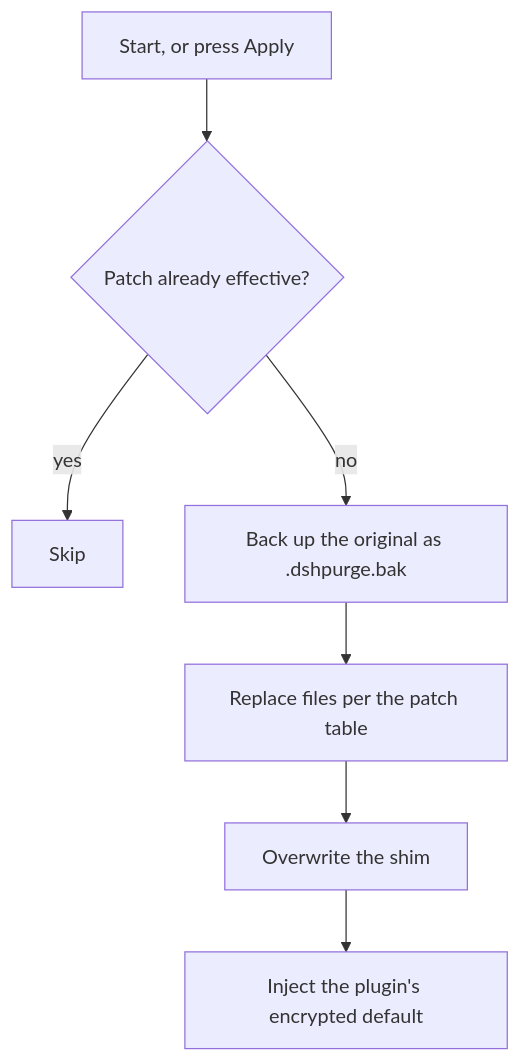
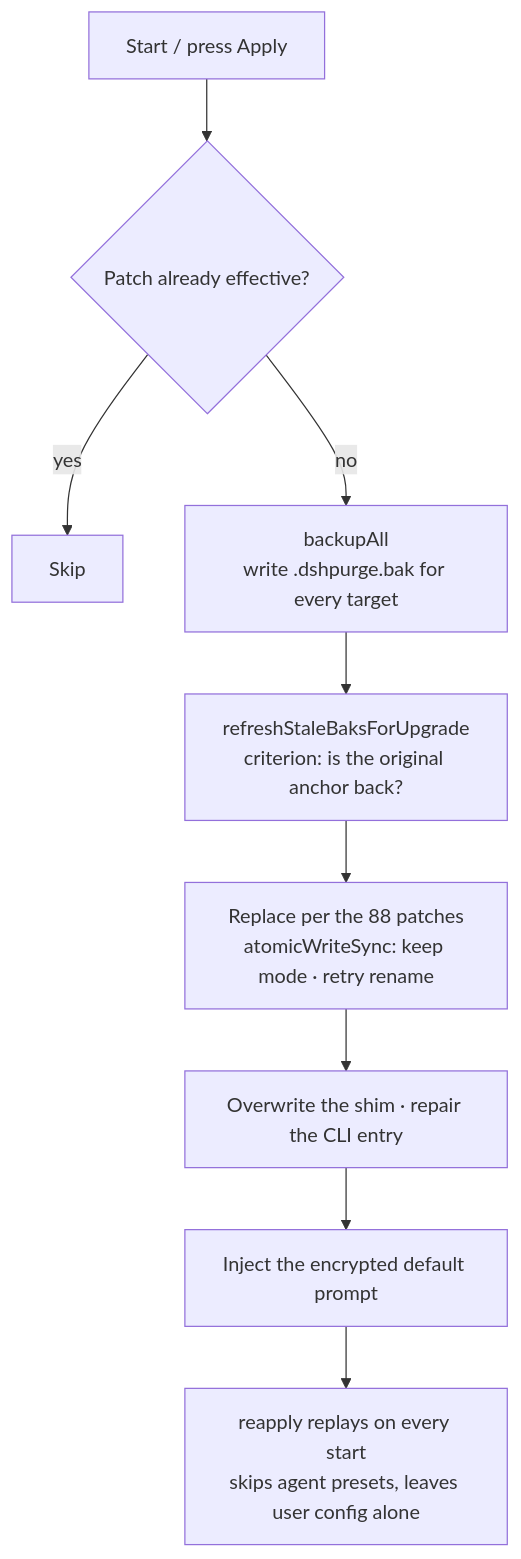
One commit to L1daye/dsh-purge-nolimit changed the second of 3 diagrams in README.md. Above: the diagram before and after it, drawn with Mermaid. The commit also changed other lines of this file and 2 other files, not shown here.

````diff
--- a/README.md
+++ b/README.md
@@ -480,9 +514,11 @@
 ```mermaid
 flowchart TD
-  A["Start, or press Apply"] --> B{"Patch already effective?"}
+  A["Start / press Apply"] --> B{"Patch already effective?"}
   B -->|yes| C["Skip"]
-  B -->|no| D["Back up the original as .dshpurge.bak"]
-  D --> E["Replace files per the patch table"]
-  E --> F["Overwrite the shim"]
-  F --> G["Inject the plugin's encrypted default"]
+  B -->|no| D["backupAll<br/>write .dshpurge.bak for every target"]
+  D --> E["refreshStaleBaksForUpgrade<br/>criterion: is the original anchor back?"]
+  E --> F["Replace per the 88 patches<br/>atomicWriteSync: keep mode · retry rename"]
+  F --> G["Overwrite the shim · repair the CLI entry"]
+  G --> H["Inject the encrypted default prompt"]
+  H --> I["reapply replays on every start<br/>skips agent presets, leaves user config alone"]
 ```
````
